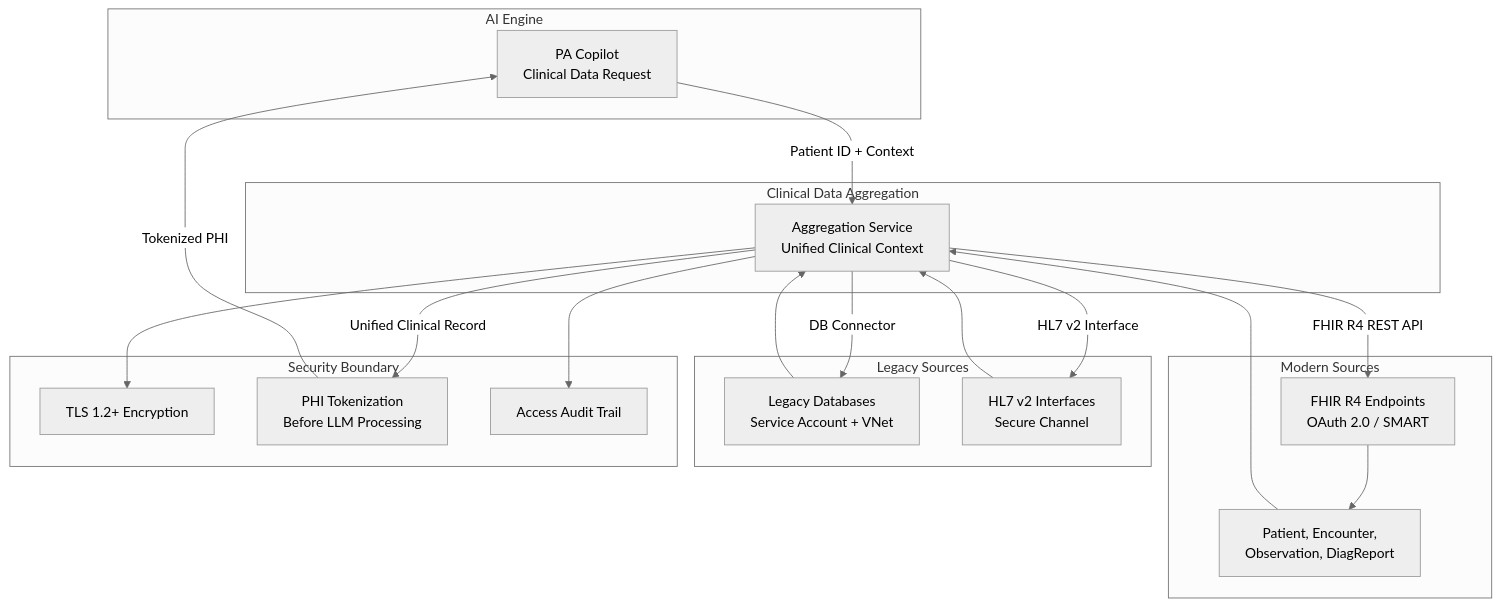
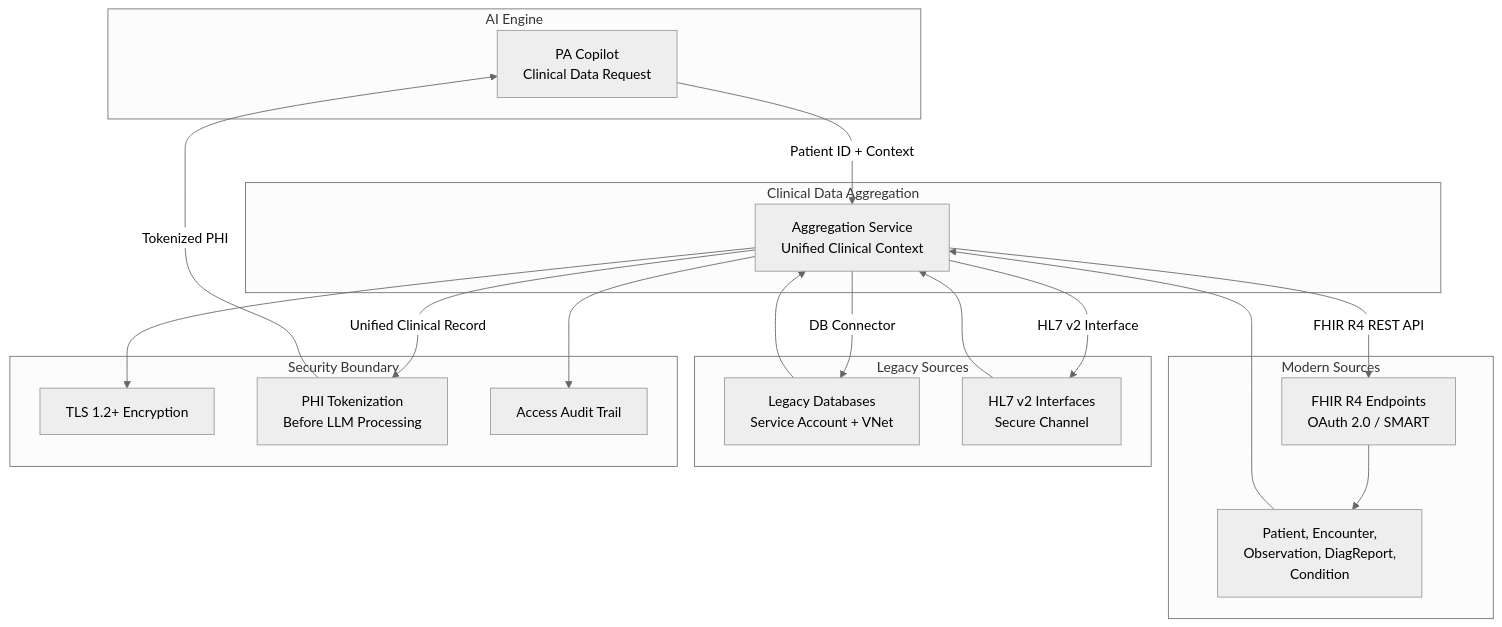
Before and after one commit to praeducer/autonomize-healthcare-ai-demo: the diagram in docs/architecture/diagrams/04-clinical-data-access.mmd, drawn with Mermaid (neutral theme). The commit also changed 22 other files, not shown here.

First line of the commit message:
docs: add deck generation pipeline, fix cross-doc consistency, re-render all diagrams

```diff
--- a/docs/architecture/diagrams/04-clinical-data-access.mmd
+++ b/docs/architecture/diagrams/04-clinical-data-access.mmd
@@ -1,37 +1,37 @@
 flowchart TB
     subgraph "AI Engine"
         COPILOT["PA Copilot<br/>Clinical Data Request"]
     end
 
     subgraph "Clinical Data Aggregation"
         AGG["Aggregation Service<br/>Unified Clinical Context"]
     end
 
     subgraph "Modern Sources"
         FHIR_EP["FHIR R4 Endpoints<br/>OAuth 2.0 / SMART"]
-        FHIR_RES["Patient, Encounter,<br/>Observation, DiagReport"]
+        FHIR_RES["Patient, Encounter,<br/>Observation, DiagReport,<br/>Condition"]
     end
 
     subgraph "Legacy Sources"
         LEG_DB["Legacy Databases<br/>Service Account + VNet"]
         LEG_HL7["HL7 v2 Interfaces<br/>Secure Channel"]
     end
 
     subgraph "Security Boundary"
         TLS["TLS 1.2+ Encryption"]
         TOKEN["PHI Tokenization<br/>Before LLM Processing"]
         AUDIT_LOG["Access Audit Trail"]
     end
 
     COPILOT -->|"Patient ID + Context"| AGG
     AGG -->|"FHIR R4 REST API"| FHIR_EP
     FHIR_EP --> FHIR_RES
     AGG -->|"DB Connector"| LEG_DB
     AGG -->|"HL7 v2 Interface"| LEG_HL7
     FHIR_RES --> AGG
     LEG_DB --> AGG
     LEG_HL7 --> AGG
     AGG -->|"Unified Clinical Record"| TOKEN
     TOKEN -->|"Tokenized PHI"| COPILOT
     AGG --> TLS
     AGG --> AUDIT_LOG
```
